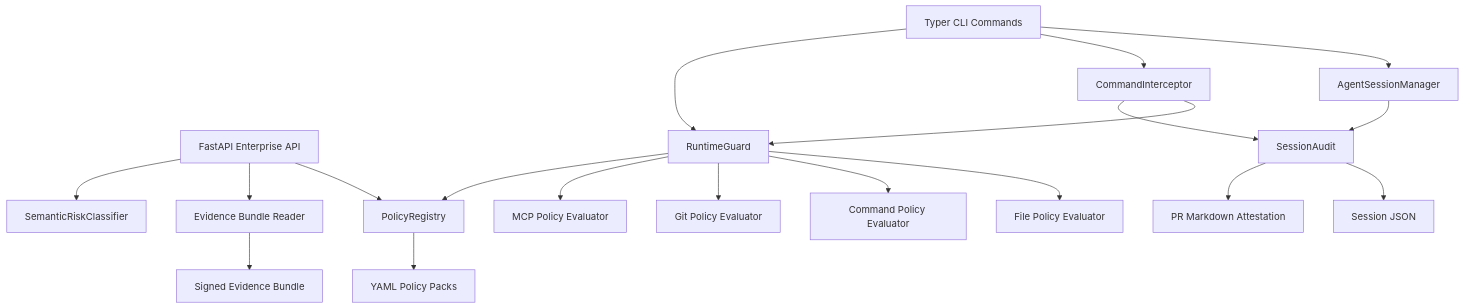
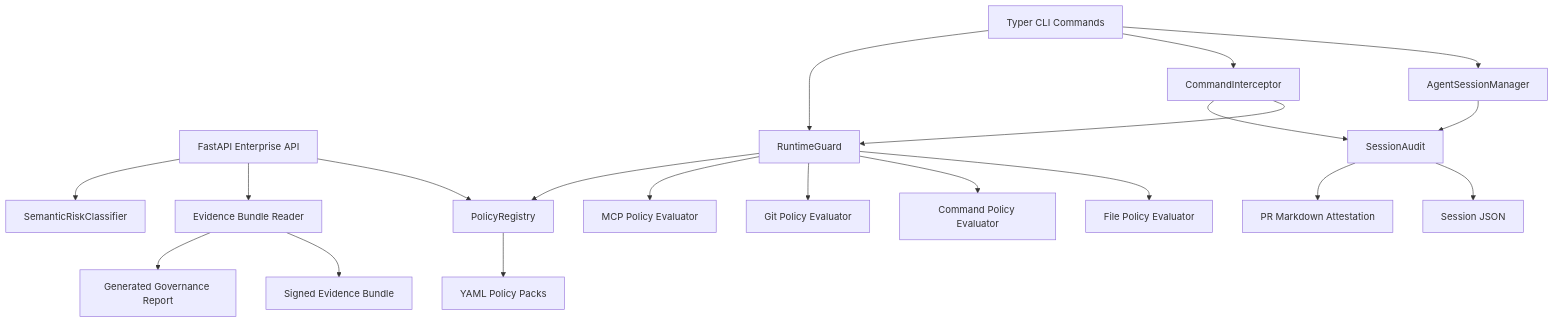
The third of 4 diagrams in docs/c4-model.md (Huzefaaa2/terraguard-agentshield), drawn with Mermaid before and after one commit. The commit also changed other lines of this file and 22 other files, not shown here.

Commit message:
Add generated governance reports

````diff
--- a/docs/c4-model.md
+++ b/docs/c4-model.md
@@ -61,21 +61,22 @@
 ```mermaid
 flowchart TB
     CLI[Typer CLI Commands] --> Session[AgentSessionManager]
     API[FastAPI Enterprise API] --> Registry
     API --> Evidence[Evidence Bundle Reader]
     API --> Risk[SemanticRiskClassifier]
     CLI --> Interceptor[CommandInterceptor]
     CLI --> Guard[RuntimeGuard]
     Session --> Audit[SessionAudit]
     Interceptor --> Guard
     Interceptor --> Audit
     Guard --> File[File Policy Evaluator]
     Guard --> Command[Command Policy Evaluator]
     Guard --> Git[Git Policy Evaluator]
     Guard --> MCP[MCP Policy Evaluator]
     Guard --> Registry[PolicyRegistry]
     Registry --> Packs[YAML Policy Packs]
     Audit --> JSON[Session JSON]
     Audit --> Markdown[PR Markdown Attestation]
     Evidence --> Bundle[Signed Evidence Bundle]
+    Evidence --> Report[Generated Governance Report]
 ```
````
